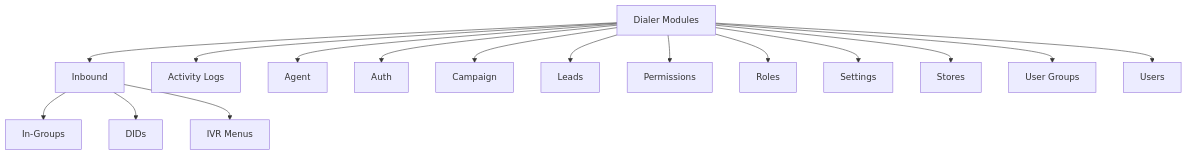
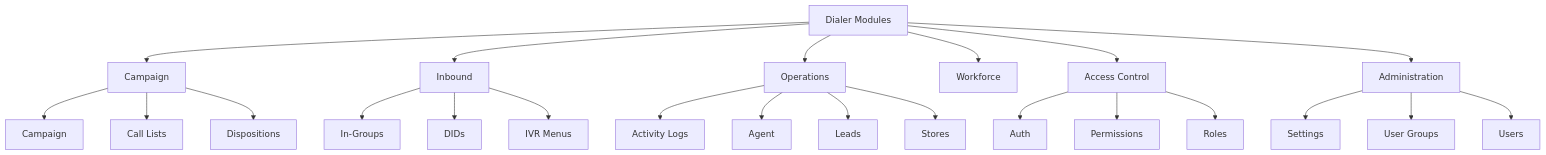
One commit to rgabuat/Dialer changed the diagram in docs/diagrams/modules.mmd. Above: the diagram before and after it, drawn with Mermaid. The commit also changed 15 other files, not shown here.

```diff
--- a/docs/diagrams/modules.mmd
+++ b/docs/diagrams/modules.mmd
@@ -1,18 +1,29 @@
 flowchart TD
     Dialer["Dialer Modules"]
+    Dialer --> Campaign["Campaign"]
     Dialer --> Inbound["Inbound"]
-    Dialer --> Activitylogs["Activity Logs"]
-    Dialer --> Agent["Agent"]
-    Dialer --> Auth["Auth"]
-    Dialer --> Campaign["Campaign"]
-    Dialer --> Leads["Leads"]
-    Dialer --> Permissions["Permissions"]
-    Dialer --> Roles["Roles"]
-    Dialer --> Settings["Settings"]
-    Dialer --> Stores["Stores"]
-    Dialer --> UserGroups["User Groups"]
-    Dialer --> Users["Users"]
+    Dialer --> Operations["Operations"]
+    Dialer --> Workforce["Workforce"]
+    Dialer --> AccessControl["Access Control"]
+    Dialer --> Administration["Administration"]
+
+    Campaign --> CampaignMod["Campaign"]
+    Campaign --> CallLists["Call Lists"]
+    Campaign --> Dispositions["Dispositions"]
 
     Inbound --> InGroups["In-Groups"]
     Inbound --> DIDs["DIDs"]
     Inbound --> IvrMenus["IVR Menus"]
+
+    Operations --> Activitylogs["Activity Logs"]
+    Operations --> Agent["Agent"]
+    Operations --> Leads["Leads"]
+    Operations --> Stores["Stores"]
+
+    AccessControl --> Auth["Auth"]
+    AccessControl --> Permissions["Permissions"]
+    AccessControl --> Roles["Roles"]
+
+    Administration --> Settings["Settings"]
+    Administration --> UserGroups["User Groups"]
+    Administration --> Users["Users"]
```
